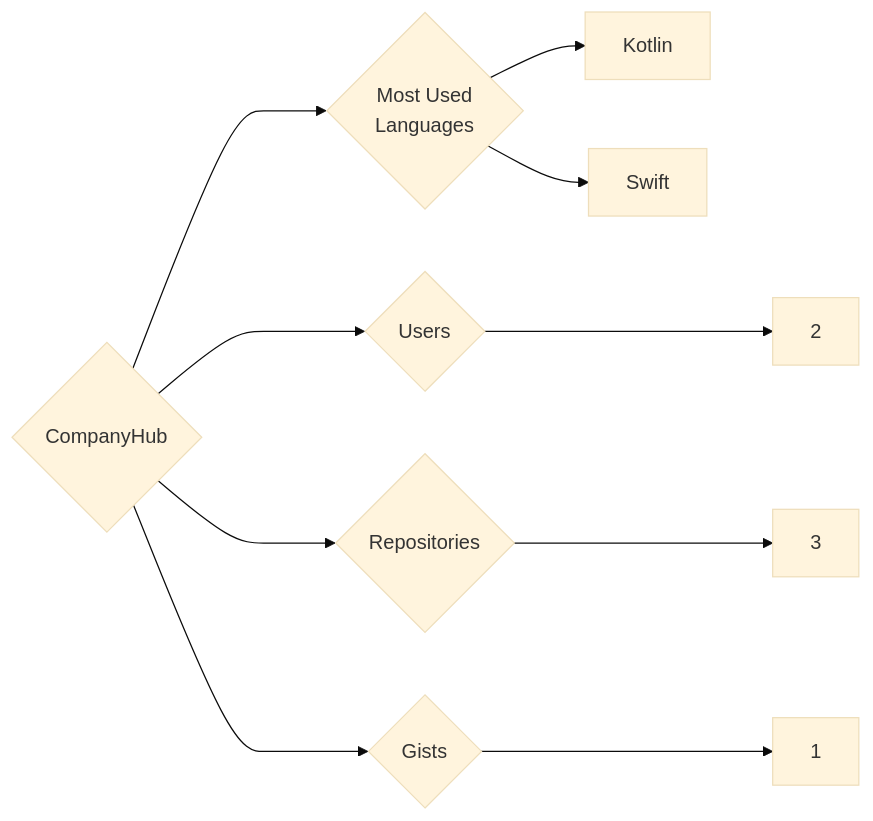
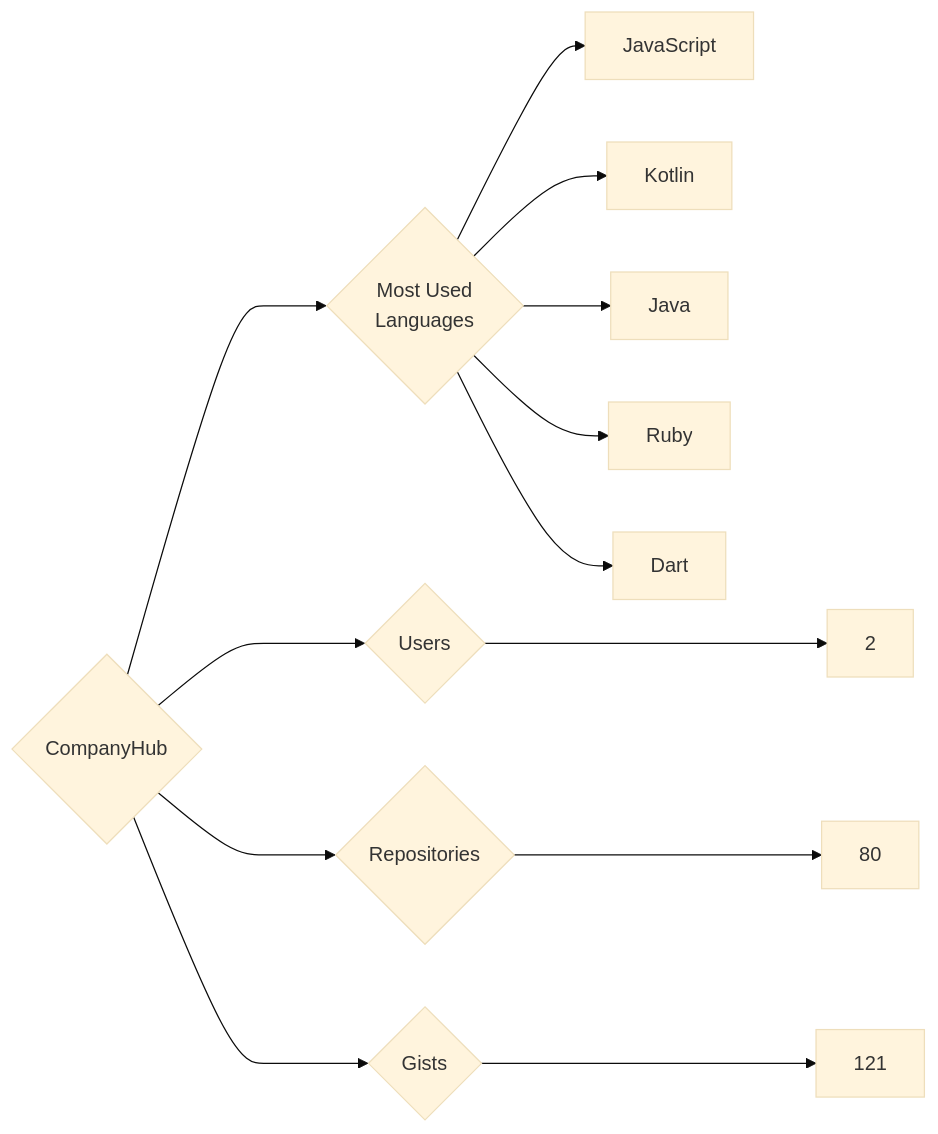
One commit to trickest/insiders changed the diagram in targets/CompanyHub/README.md. Above: the diagram before and after it, drawn with Mermaid (base theme). The commit also changed 1175 other files, not shown here.

````diff
--- a/targets/CompanyHub/README.md
+++ b/targets/CompanyHub/README.md
@@ -3,10 +3,13 @@
 ```mermaid
 graph LR
 COMPANY_NAME{CompanyHub}
 COMPANY_NAME ---> U{Users} ---> UN[2]
-COMPANY_NAME ---> R{Repositories} ---> RN[3]
-COMPANY_NAME ---> G{Gists} ---> GN[1]
+COMPANY_NAME ---> R{Repositories} ---> RN[80]
+COMPANY_NAME ---> G{Gists} ---> GN[121]
 COMPANY_NAME ---> ML{Most Used<br>Languages}
+ML --> JavaScript[JavaScript]
 ML --> Kotlin[Kotlin]
-ML --> Swift[Swift]
+ML --> Java[Java]
+ML --> Ruby[Ruby]
+ML --> Dart[Dart]
 ```
````
